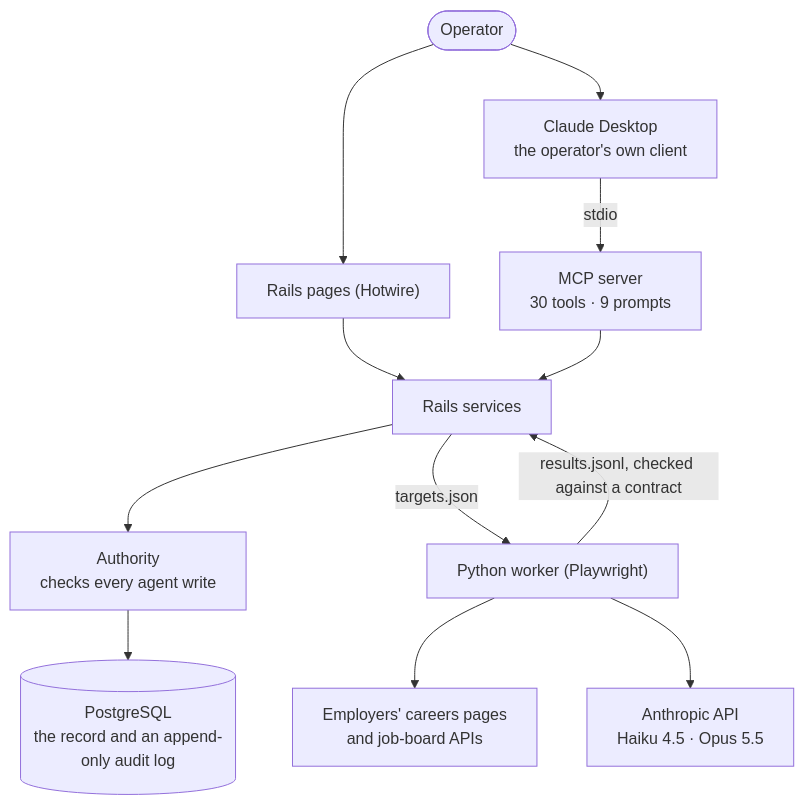
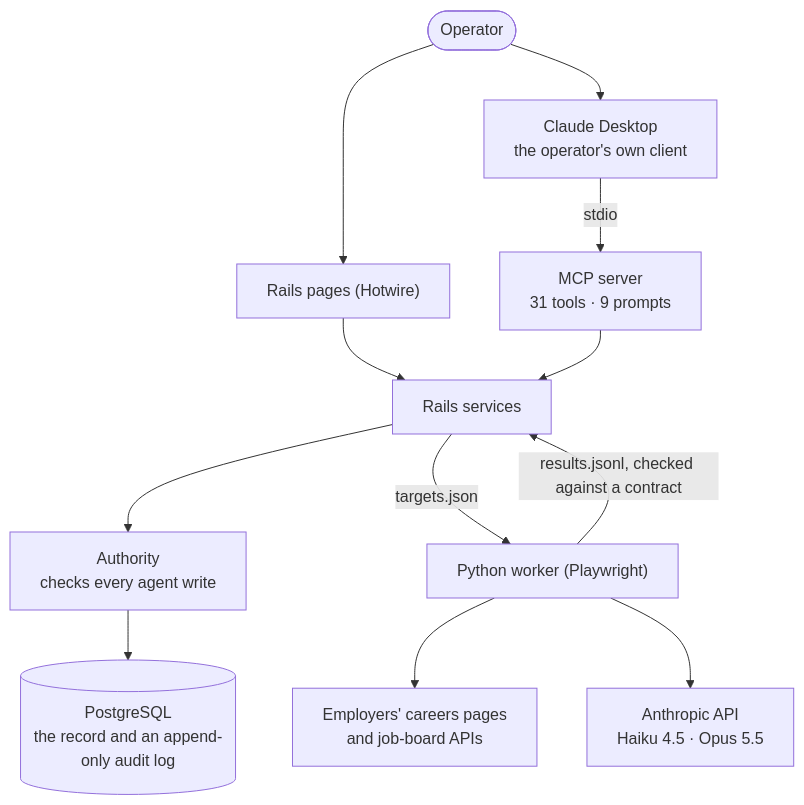
Before and after one commit to ZPAlexis/provenance-pipeline: the second of 2 diagrams in README.md, drawn with Mermaid. The commit also changed other lines of this file and 16 other files, not shown here.

````diff
--- a/README.md
+++ b/README.md
@@ -126,14 +126,14 @@
 ```mermaid
 flowchart TB
     op(["Operator"]) --> pages["Rails pages (Hotwire)"]
     op --> desk["Claude Desktop<br/>the operator's own client"]
-    desk -- "stdio" --> mcp["MCP server<br/>30 tools · 9 prompts"]
+    desk -- "stdio" --> mcp["MCP server<br/>31 tools · 9 prompts"]
     pages --> services["Rails services"]
     mcp --> services
     services --> authority["Authority<br/>checks every agent write"]
     authority --> db[("PostgreSQL<br/>the record and an append-only audit log")]
     services -- "targets.json" --> worker["Python worker (Playwright)"]
     worker -- "results.jsonl, checked against a contract" --> services
     worker --> web["Employers' careers pages<br/>and job-board APIs"]
     worker --> claude["Anthropic API<br/>Haiku 4.5 · Opus 5.5"]
 ```
````
